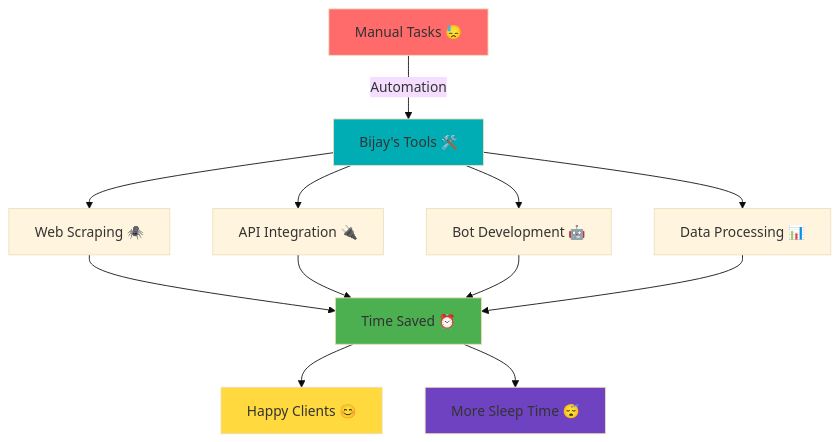
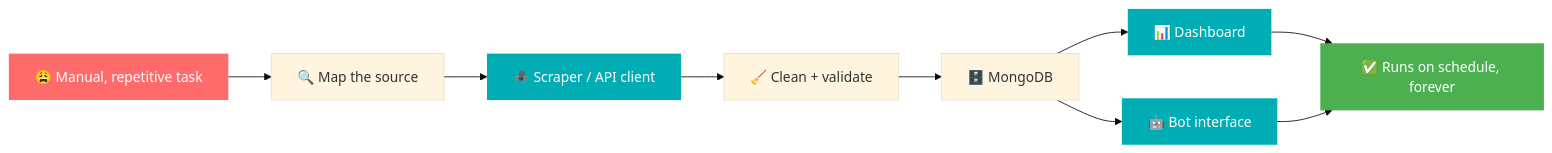
Before and after one commit to bijay085/bijay085: the diagram in README.md, drawn with Mermaid (base theme). The commit also changed other lines of this file, not shown here.

````diff
--- a/README.md
+++ b/README.md
@@ -356,22 +221,17 @@
-  ```mermaid
-  graph TD
-      A[Manual Tasks 😓] -->|Automation| B[Bijay's Tools 🛠️]
-      B --> C[Web Scraping 🕷️]
-      B --> D[API Integration 🔌]
-      B --> E[Bot Development 🤖]
-      B --> F[Data Processing 📊]
-      
-      C --> G[Time Saved ⏰]
-      D --> G
-      E --> G
-      F --> G
-      
-      G --> H[Happy Clients 😊]
-      G --> I[More Sleep Time 😴]
-      
-      style A fill:#ff6b6b
-      style B fill:#00ADB5
-      style G fill:#4CAF50
-      style H fill:#FFD93D
-      style I fill:#6F42C1
-  ```
+```mermaid
+flowchart LR
+    A["😩 Manual, repetitive task"] --> B["🔍 Map the source"]
+    B --> C["🕷️ Scraper / API client"]
+    C --> D["🧹 Clean + validate"]
+    D --> E["🗄️ MongoDB"]
+    E --> F["📊 Dashboard"]
+    E --> G["🤖 Bot interface"]
+    F --> H["✅ Runs on schedule, forever"]
+    G --> H
+
+    style A fill:#FF6B6B,stroke:none,color:#fff
+    style C fill:#00ADB5,stroke:none,color:#fff
+    style F fill:#00ADB5,stroke:none,color:#fff
+    style G fill:#00ADB5,stroke:none,color:#fff
+    style H fill:#4CAF50,stroke:none,color:#fff
+```
````
